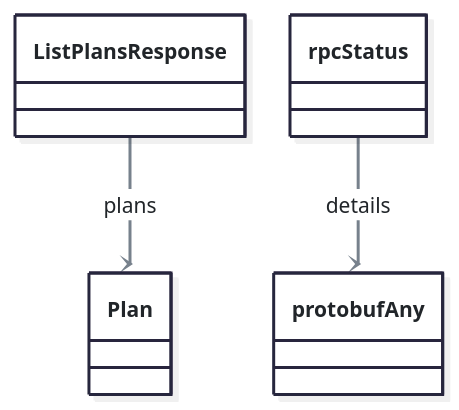
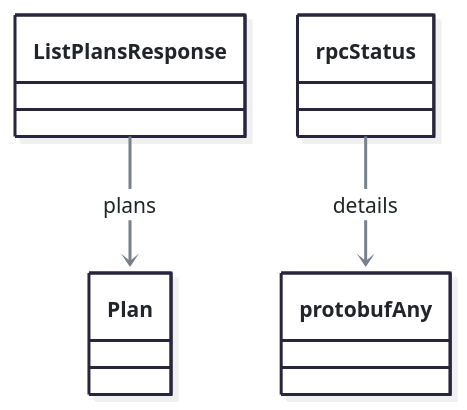
The third of 3 diagrams in docs/sphinx/services/plan.md (alexdearaujo/community_sdk_python), drawn with Mermaid before and after one commit. The commit also changed other lines of this file and 64 other files, not shown here.

First line of the commit message:
docs: rounded diagram edges and dark-mode Mermaid colors

````diff
--- a/docs/sphinx/services/plan.md
+++ b/docs/sphinx/services/plan.md
@@ -105,10 +105,10 @@
 ```mermaid
-%%{init: {"theme": "redux", "look": "neo", "layout": "dagre", "fontFamily": "ui-monospace, SFMono-Regular, Menlo, monospace", "themeVariables": {"fontFamily": "ui-monospace, SFMono-Regular, Menlo, monospace", "primaryColor": "#f8f9fa", "primaryBorderColor": "#495057", "primaryTextColor": "#212529", "textColor": "#212529", "lineColor": "#77818c", "edgeLabelBackground": "#ffffff", "actorBkg": "#f8f9fa", "actorBorder": "#495057", "actorTextColor": "#212529", "actorLineColor": "#a9b3be", "signalColor": "#57616d", "signalTextColor": "#212529", "labelBoxBkgColor": "#f8f9fa", "labelBoxBorderColor": "#495057", "labelTextColor": "#212529", "loopTextColor": "#57616d", "noteBkgColor": "#fff9db", "noteBorderColor": "#f08c00", "noteTextColor": "#a35a00"}, "sequence": {"activationWidth": 16}, "flowchart": {"curve": "step", "nodeSpacing": 30, "rankSpacing": 70, "wrappingWidth": 400}}}%%
+%%{init: {"theme": "redux", "look": "neo", "layout": "elk", "fontFamily": "ui-monospace, SFMono-Regular, Menlo, monospace", "themeVariables": {"fontFamily": "ui-monospace, SFMono-Regular, Menlo, monospace", "primaryColor": "#f8f9fa", "primaryBorderColor": "#495057", "primaryTextColor": "#212529", "textColor": "#212529", "lineColor": "#77818c", "edgeLabelBackground": "#ffffff", "actorBkg": "#f8f9fa", "actorBorder": "#495057", "actorTextColor": "#212529", "actorLineColor": "#a9b3be", "signalColor": "#57616d", "signalTextColor": "#212529", "labelBoxBkgColor": "#f8f9fa", "labelBoxBorderColor": "#495057", "labelTextColor": "#212529", "loopTextColor": "#57616d", "noteBkgColor": "#fff9db", "noteBorderColor": "#f08c00", "noteTextColor": "#a35a00"}, "sequence": {"activationWidth": 16}, "flowchart": {"curve": "basis", "nodeSpacing": 30, "rankSpacing": 70, "wrappingWidth": 400}}}%%
 classDiagram
     class ListPlansResponse
     class Plan
     class protobufAny
     class rpcStatus
     ListPlansResponse --> Plan : plans
     rpcStatus --> protobufAny : details
 ```
````
